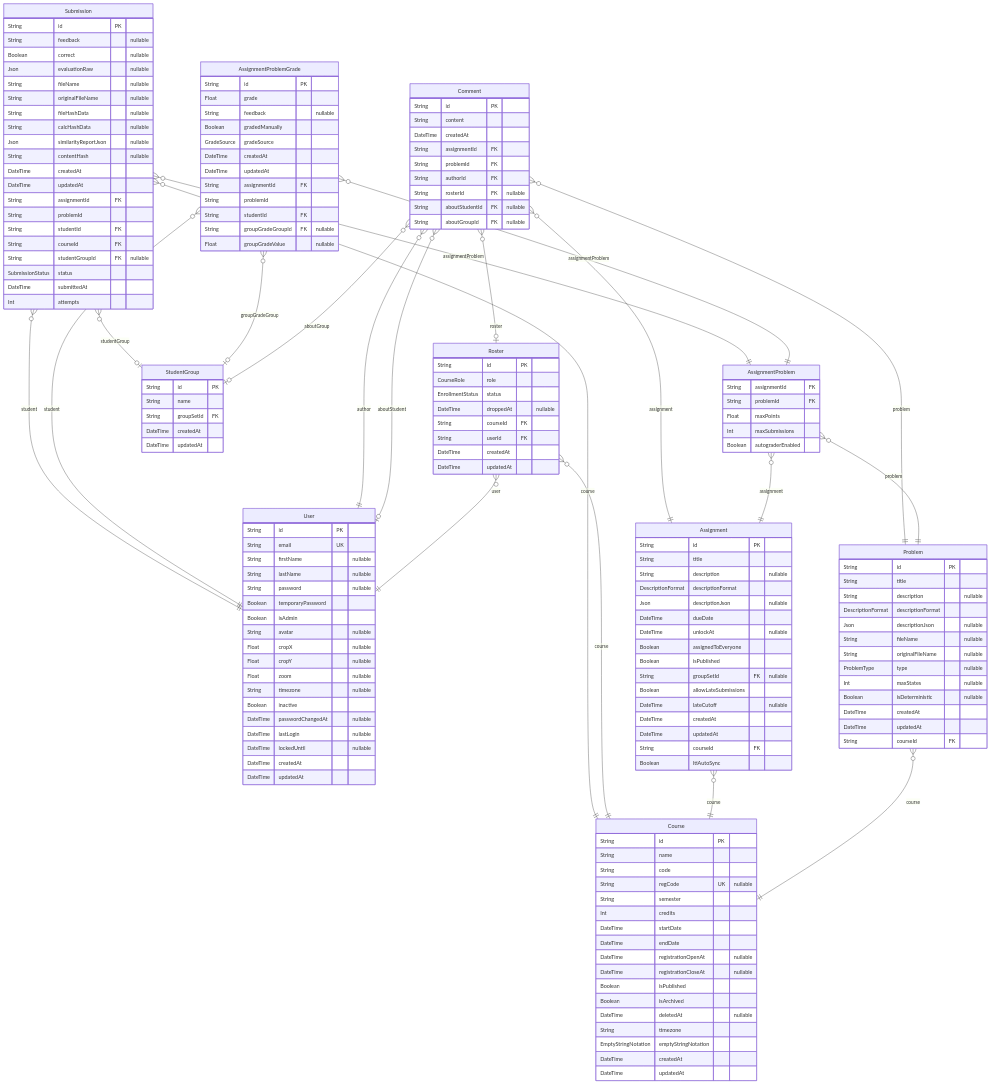
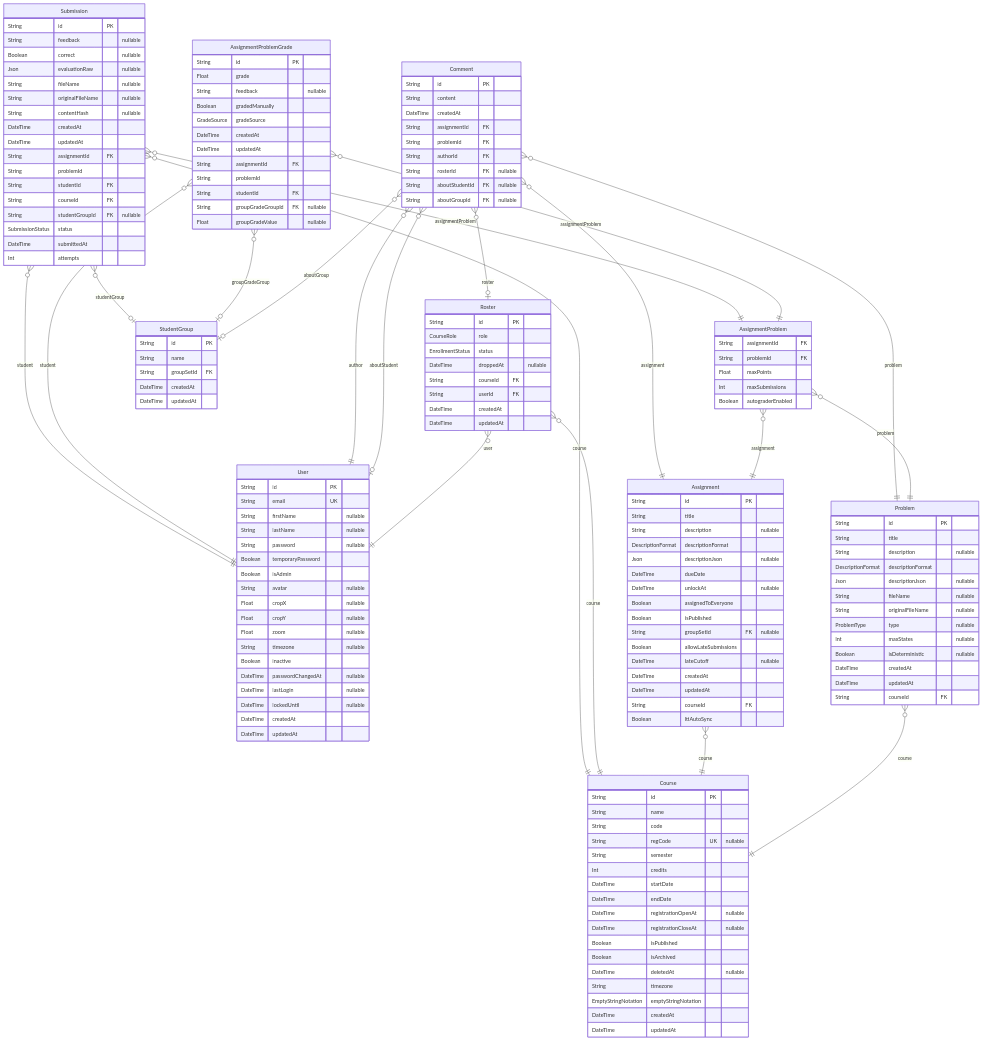
The fourth of 5 diagrams in docs-site/docs/reference/database-schema.md (PennStateCS/AFCT), drawn with Mermaid before and after one commit. The commit also changed other lines of this file and 9 other files, not shown here.

First line of the commit message:
Remove the client-hash similarity report

```diff
--- a/docs-site/docs/reference/database-schema.md
+++ b/docs-site/docs/reference/database-schema.md
@@ -1036,9 +1036,6 @@
   Json evaluationRaw "nullable"
   String fileName "nullable"
   String originalFileName "nullable"
-  String fileHashData "nullable"
-  String calcHashData "nullable"
-  Json similarityReportJson "nullable"
   String contentHash "nullable"
   DateTime createdAt
   DateTime updatedAt
```
